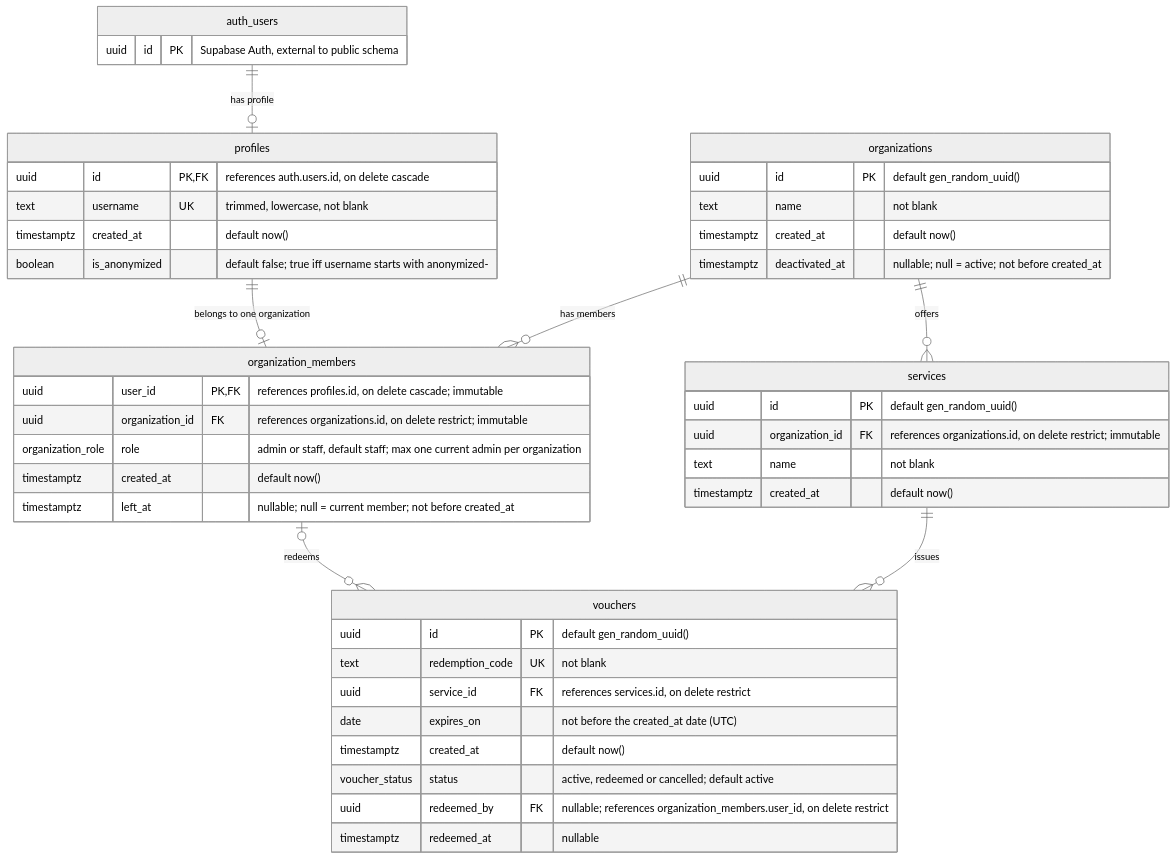
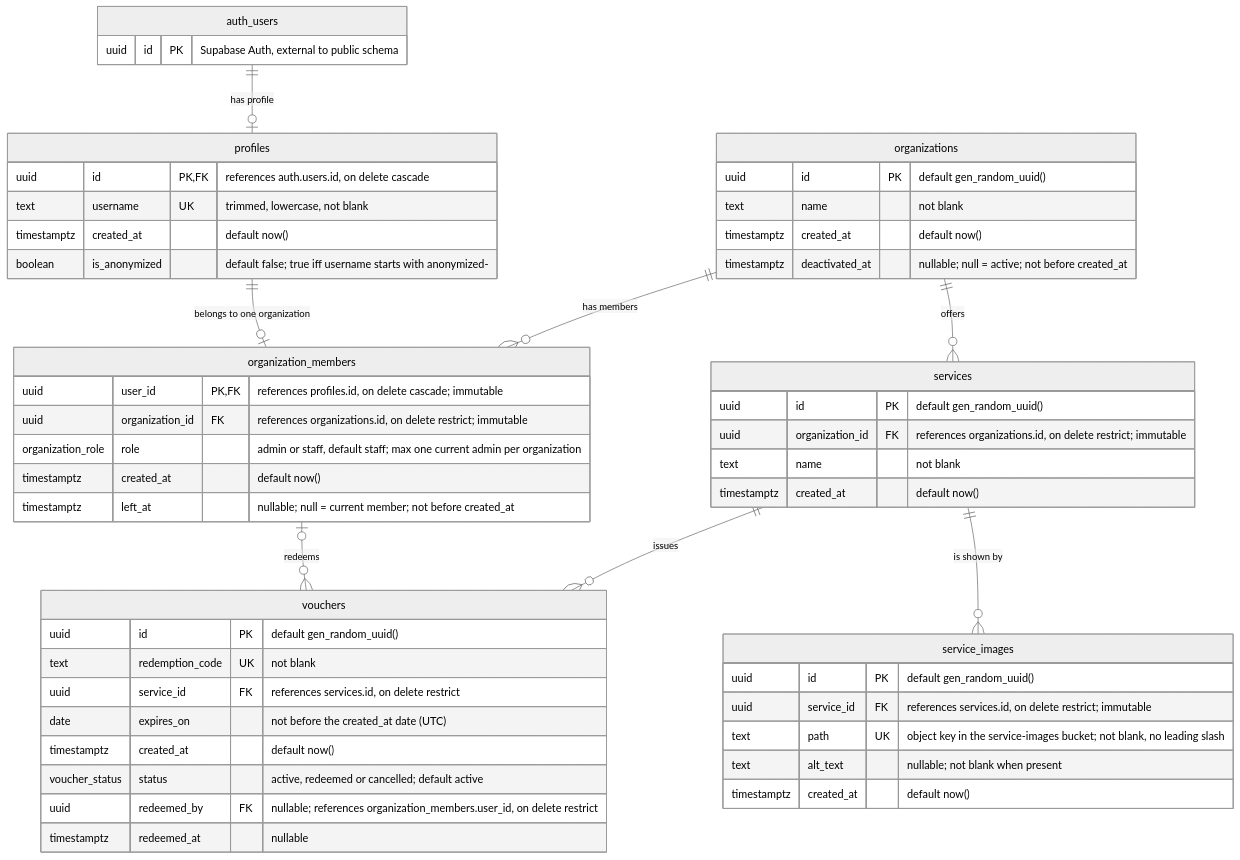
The diagram in docs/ERD.md (AchoDanailov/PartnersHub), drawn with Mermaid (neutral theme) before and after one commit. The commit also changed other lines of this file and 6 other files, not shown here.

First line of the commit message:
Add service images table and public Storage bucket

````diff
--- a/docs/ERD.md
+++ b/docs/ERD.md
@@ -8,53 +9,62 @@
 ```mermaid
 erDiagram
     auth_users ||--o| profiles : "has profile"
     profiles ||--o| organization_members : "belongs to one organization"
     organizations ||--o{ organization_members : "has members"
     organizations ||--o{ services : "offers"
     services ||--o{ vouchers : "issues"
+    services ||--o{ service_images : "is shown by"
     organization_members |o--o{ vouchers : "redeems"
 
     auth_users {
         uuid id PK "Supabase Auth, external to public schema"
     }
 
     profiles {
         uuid id PK, FK "references auth.users.id, on delete cascade"
         text username UK "trimmed, lowercase, not blank"
         timestamptz created_at "default now()"
         boolean is_anonymized "default false; true iff username starts with anonymized-"
     }
 
     organizations {
         uuid id PK "default gen_random_uuid()"
         text name "not blank"
         timestamptz created_at "default now()"
         timestamptz deactivated_at "nullable; null = active; not before created_at"
     }
 
     organization_members {
         uuid user_id PK, FK "references profiles.id, on delete cascade; immutable"
         uuid organization_id FK "references organizations.id, on delete restrict; immutable"
         organization_role role "admin or staff, default staff; max one current admin per organization"
         timestamptz created_at "default now()"
         timestamptz left_at "nullable; null = current member; not before created_at"
     }
 
     services {
         uuid id PK "default gen_random_uuid()"
         uuid organization_id FK "references organizations.id, on delete restrict; immutable"
         text name "not blank"
         timestamptz created_at "default now()"
     }
 
     vouchers {
         uuid id PK "default gen_random_uuid()"
         text redemption_code UK "not blank"
         uuid service_id FK "references services.id, on delete restrict"
         date expires_on "not before the created_at date (UTC)"
         timestamptz created_at "default now()"
         voucher_status status "active, redeemed or cancelled; default active"
         uuid redeemed_by FK "nullable; references organization_members.user_id, on delete restrict"
         timestamptz redeemed_at "nullable"
     }
+
+    service_images {
+        uuid id PK "default gen_random_uuid()"
+        uuid service_id FK "references services.id, on delete restrict; immutable"
+        text path UK "object key in the service-images bucket; not blank, no leading slash"
+        text alt_text "nullable; not blank when present"
+        timestamptz created_at "default now()"
+    }
 ```
````
